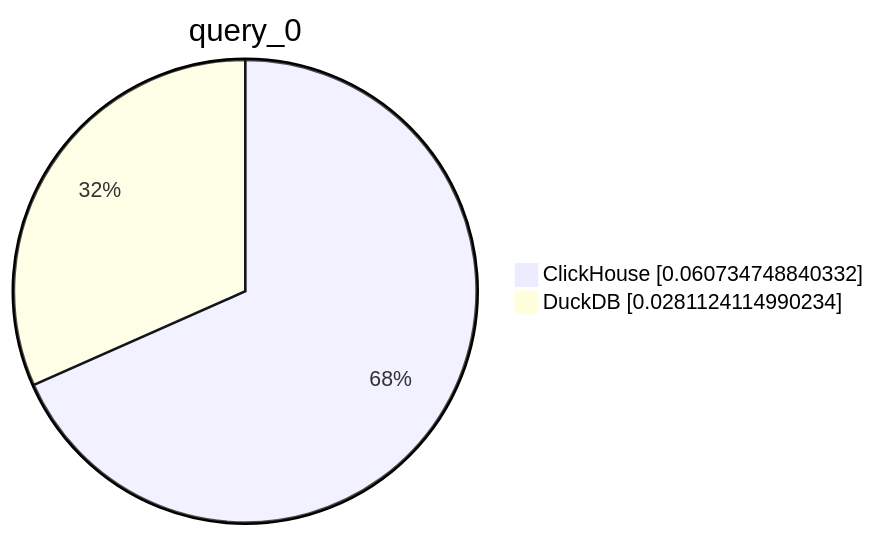
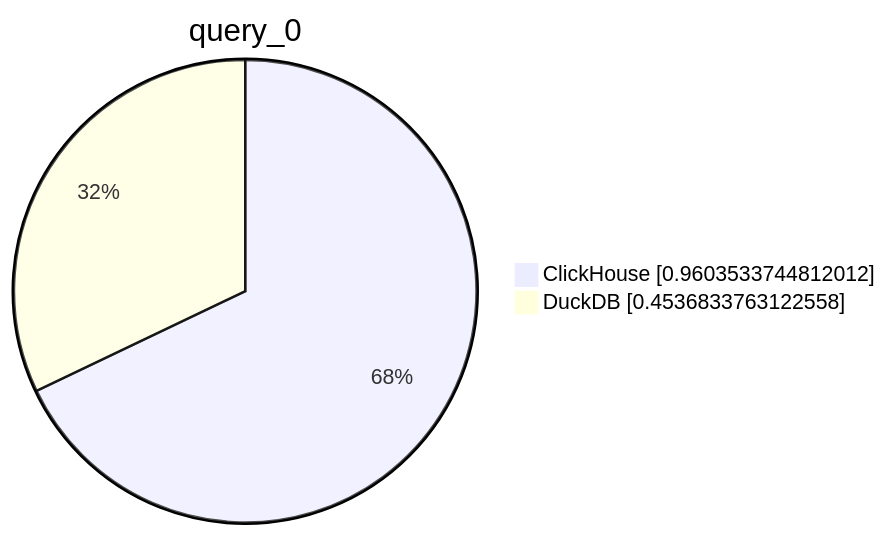
One commit to Altinity/clickhouse-regression changed the first of 10 diagrams in parquet/performance/performance_reports/results.md. Above: the diagram before and after it, drawn with Mermaid. The commit also changed other lines of this file and 1 other file, not shown here.

````diff
--- a/parquet/performance/performance_reports/results.md
+++ b/parquet/performance/performance_reports/results.md
@@ -4,6 +4,6 @@
 ```mermaid
      pie showData
          title query_0
-         "ClickHouse" : 0.060734748840332
-         "DuckDB" : 0.0281124114990234
+         "ClickHouse" : 0.9603533744812012
+         "DuckDB" : 0.4536833763122558
 ```
````
